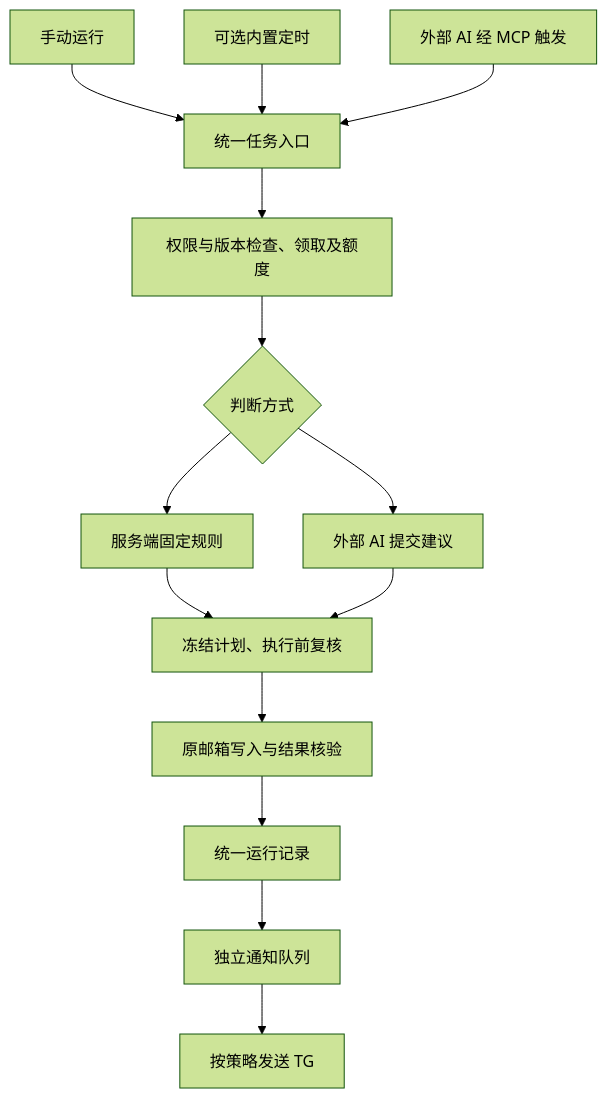
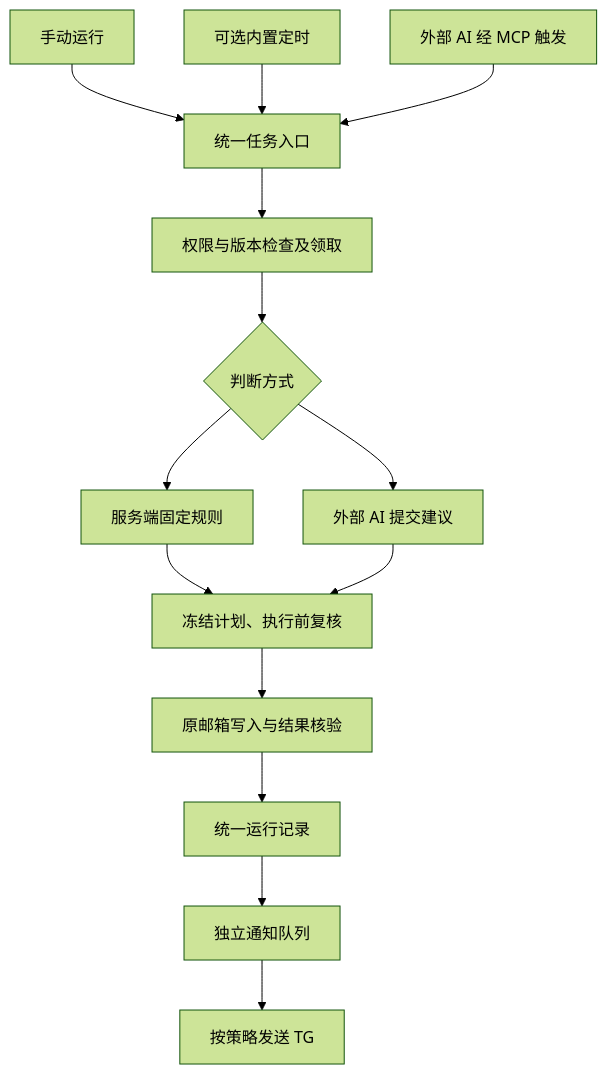
One commit to allen0039/mail_auto changed the diagram in docs/optional-scheduling-telegram-plan.md. Above: the diagram before and after it, drawn with Mermaid (forest theme). The commit also changed other lines of this file and 25 other files, not shown here.

````diff
--- a/docs/optional-scheduling-telegram-plan.md
+++ b/docs/optional-scheduling-telegram-plan.md
@@ -28,16 +28,16 @@
 ```mermaid
 flowchart TD
     A[手动运行] --> D[统一任务入口]
     B[可选内置定时] --> D
     C[外部 AI 经 MCP 触发] --> D
-    D --> E[权限与版本检查、领取及额度]
+    D --> E[权限与版本检查及领取]
     E --> F{判断方式}
     F --> G[服务端固定规则]
     F --> H[外部 AI 提交建议]
     G --> I[冻结计划、执行前复核]
     H --> I
     I --> J[原邮箱写入与结果核验]
     J --> K[统一运行记录]
     K --> L[独立通知队列]
     L --> M[按策略发送 TG]
 ```
````
